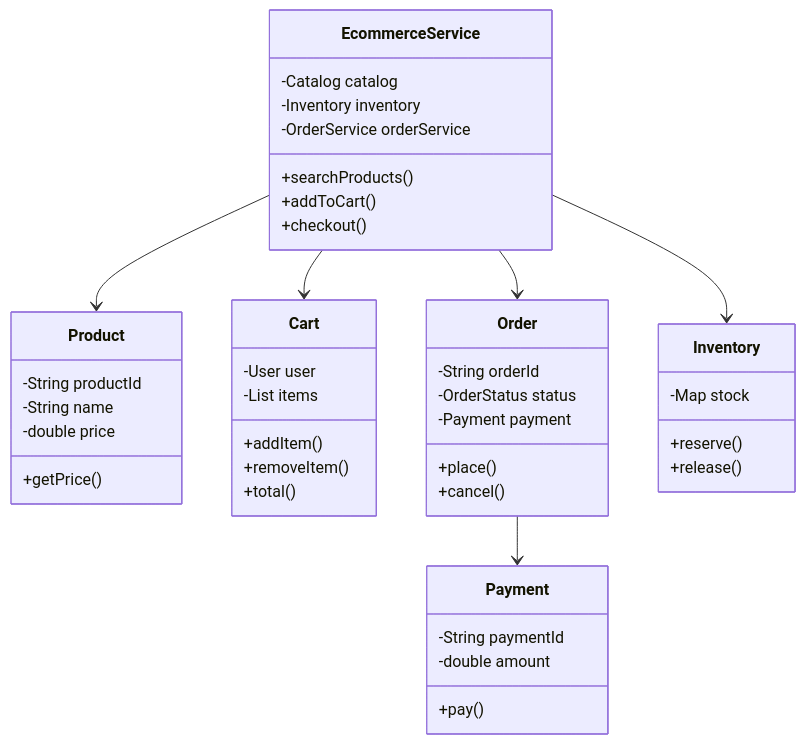
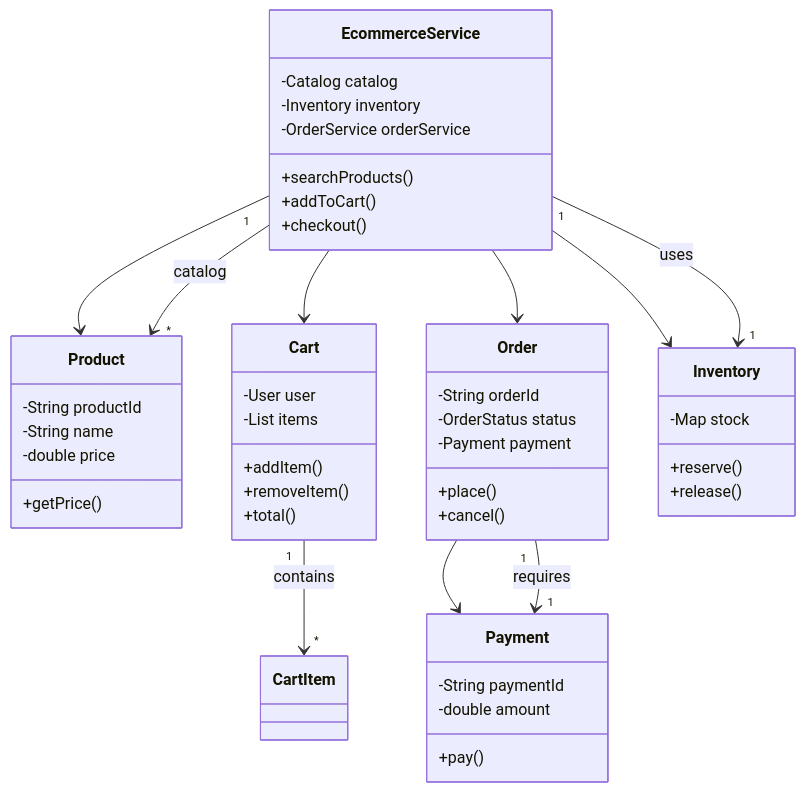
One commit to mthaiseer/springcloud-systemdesign-notes changed diagram 15 of 19 in LLD_NOTES/lld_visual_java_reference_mermaid_full_implementation.md. Above: the diagram before and after it, drawn with Mermaid. The commit also changed other lines of this file, not shown here.

````diff
--- a/LLD_NOTES/lld_visual_java_reference_mermaid_full_implementation.md
+++ b/LLD_NOTES/lld_visual_java_reference_mermaid_full_implementation.md
@@ -2818,46 +3277,51 @@
 ```mermaid
 classDiagram
   class EcommerceService {
     -Catalog catalog
     -Inventory inventory
     -OrderService orderService
     +searchProducts()
     +addToCart()
     +checkout()
   }
   class Product {
     -String productId
     -String name
     -double price
     +getPrice()
   }
   class Cart {
     -User user
     -List items
     +addItem()
     +removeItem()
     +total()
   }
   class Order {
     -String orderId
     -OrderStatus status
     -Payment payment
     +place()
     +cancel()
   }
   class Inventory {
     -Map stock
     +reserve()
     +release()
   }
   class Payment {
     -String paymentId
     -double amount
     +pay()
   }
   EcommerceService --> Product
   EcommerceService --> Cart
   EcommerceService --> Order
   EcommerceService --> Inventory
   Order --> Payment
+  %% Cardinality relationships
+  EcommerceService "1" --> "*" Product : catalog
+  Cart "1" --> "*" CartItem : contains
+  Order "1" --> "1" Payment : requires
+  EcommerceService "1" --> "1" Inventory : uses
 ```
````
